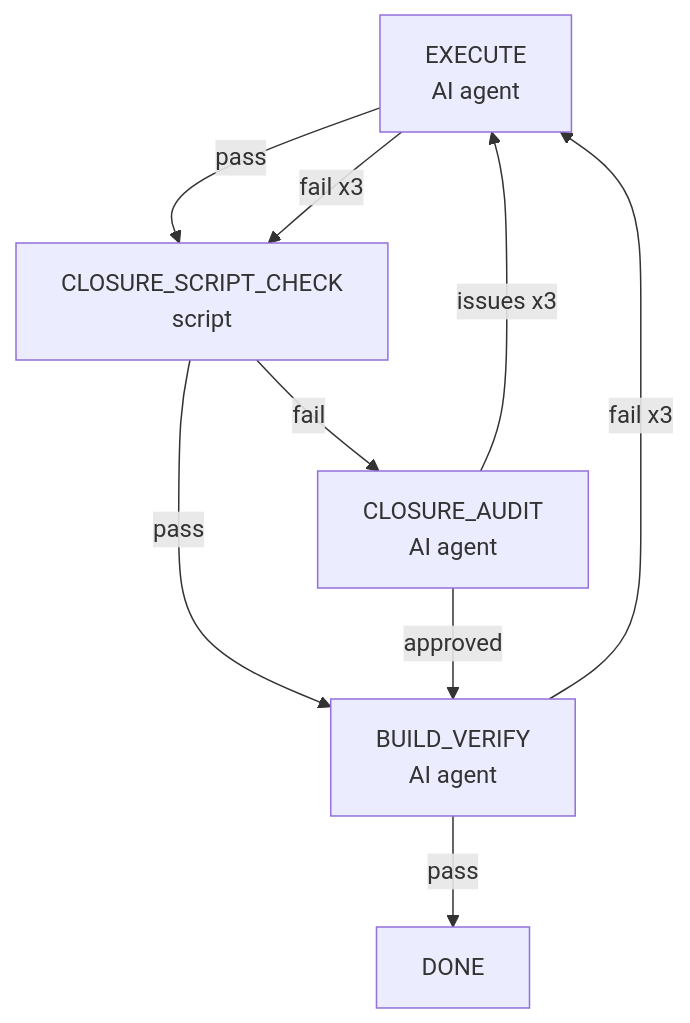
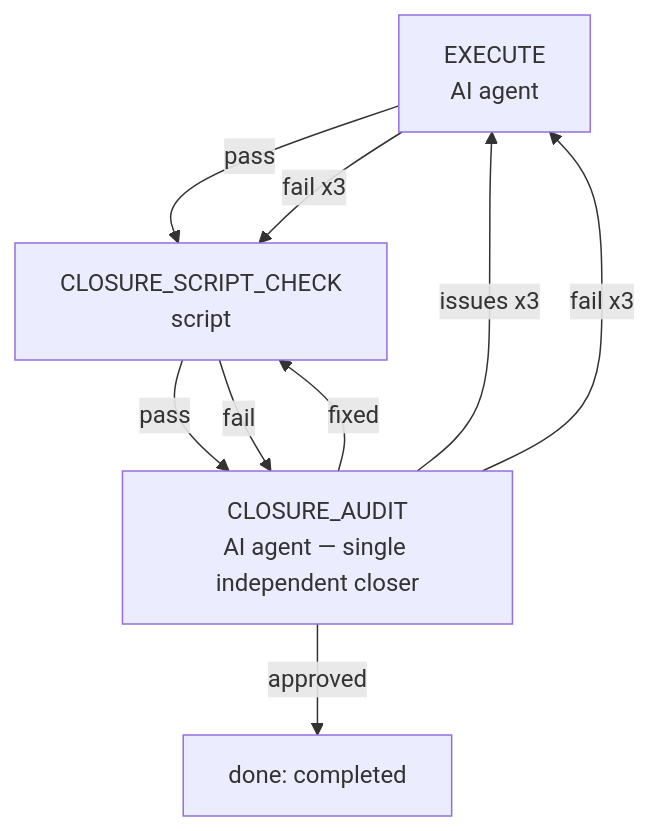
The second of 3 diagrams in tools/mission-driver/design/mission-driver-flow-design.md (entropy-cloud/attractor-guided-engineering-template), drawn with Mermaid before and after one commit. The commit also changed other lines of this file and 13 other files, not shown here.

First line of the commit message:
feat(mission-driver): 闭门闸合并——BUILD_VERIFY 解散入 CLOSURE_AUDIT 单一独立收口者

````diff
--- a/tools/mission-driver/design/mission-driver-flow-design.md
+++ b/tools/mission-driver/design/mission-driver-flow-design.md
@@ -149,14 +151,13 @@
 ```mermaid
 flowchart TD
     EX["EXECUTE<br/>AI agent"] -->|pass| CSC["CLOSURE_SCRIPT_CHECK<br/>script"]
     EX -->|fail x3| CSC
 
-    CSC -->|pass| BV["BUILD_VERIFY<br/>AI agent"]
-    CSC -->|fail| CA["CLOSURE_AUDIT<br/>AI agent"]
+    CSC -->|pass| CA["CLOSURE_AUDIT<br/>AI agent — single independent closer"]
+    CSC -->|fail| CA
 
-    CA -->|approved| BV
+    CA -->|approved| DONE["done: completed"]
+    CA -->|fixed| CSC
     CA -->|issues x3| EX
-
-    BV -->|pass| DONE
-    BV -->|fail x3| EX
+    CA -->|fail x3| EX
 ```
````
